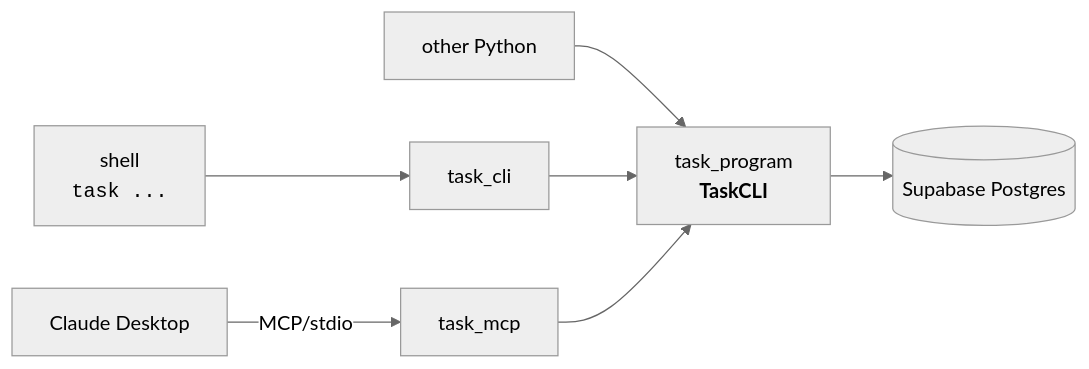
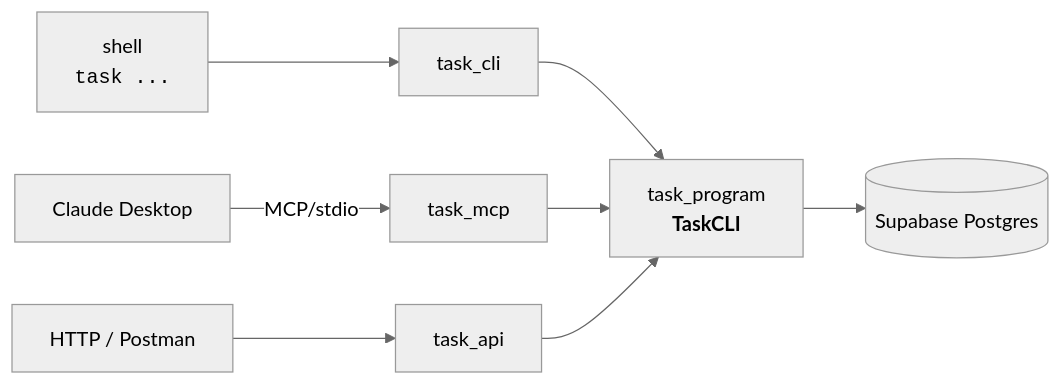
The first of 2 diagrams in README.md (Coolmogo/task-mcp-cli-tool), drawn with Mermaid (neutral theme) before and after one commit. The commit also changed other lines of this file and 4 other files, not shown here.

````diff
--- a/README.md
+++ b/README.md
@@ -19,9 +20,10 @@
 ```mermaid
 flowchart LR
     shell["shell<br/><code>task ...</code>"] --> cli["task_cli"]
     claude["Claude Desktop"] -- MCP/stdio --> mcp["task_mcp"]
-    other["other Python"] --> api
+    http["HTTP / Postman"] --> rest["task_api"]
     cli --> api["task_program<br/><b>TaskCLI</b>"]
     mcp --> api
+    rest --> api
     api --> supabase[("Supabase Postgres")]
 ```
````
